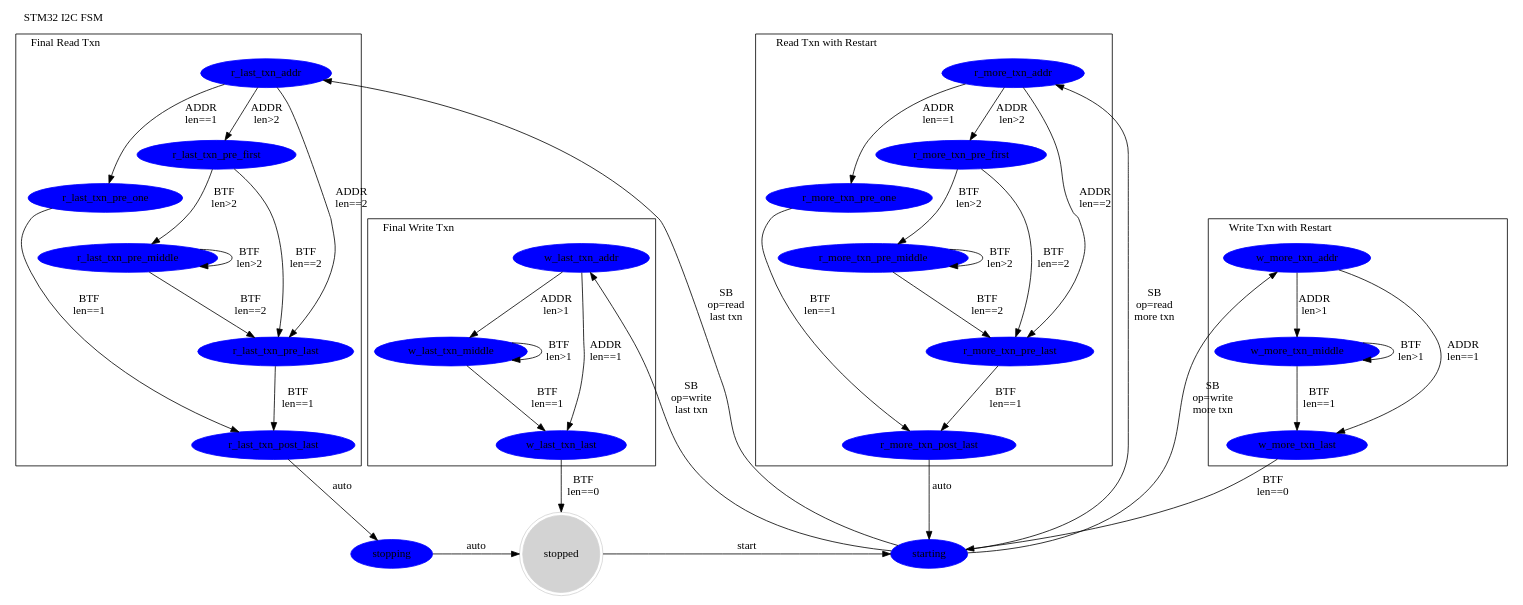
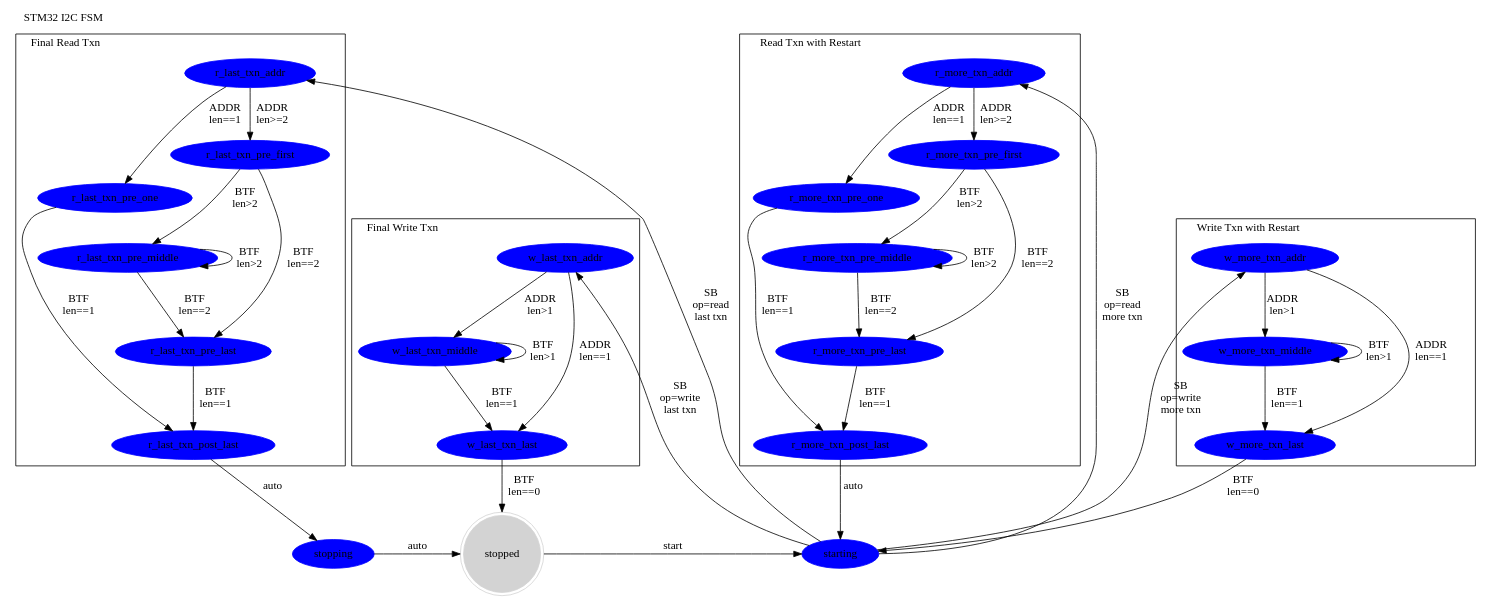
One commit to openpilot/OpenPilot changed the diagram in flight/Doc/Architecture/stm32_i2c_fsm.dot. Above: the diagram before and after it, drawn with Graphviz. The commit also changed 2 other files, not shown here.

```diff
--- a/flight/Doc/Architecture/stm32_i2c_fsm.dot
+++ b/flight/Doc/Architecture/stm32_i2c_fsm.dot
@@ -1,175 +1,172 @@
 // Regenerate using graphviz/dotty with this command
 //   dot -Tjpg ./flight/Doc/Architecture/stm32_i2c_fsm.dot > ./flight/Doc/Architecture/stm32_i2c_fsm.jpg
 
 digraph stm32_i2c_fsm {
   label="STM32 I2C FSM"
   labelloc=t
   labeljust = l
 
   {
     node [ style=filled,color=lightgray ]
 
     stopped [ shape="doublecircle" ]
   }
 
   node [ style=filled,color=blue ]
 
   {
     rank=same
     stopped
     stopping
     starting
   }
 
   // start addr/w[A] data[A] stop
   //     SB       ADDR     BTF
   //      ADDR     DR
   //                STOP
   //
   // start addr/w[A] data[A] data[A] stop
   //     SB       ADDR     BTF     BTF
   //      ADDR     DR       DR
   //                         STOP
   //
   // start addr/w[A] data[A] data[A] data[A] stop
   //     SB       ADDR     BTF     BTF     BTF
   //      ADDR     DR       DR      DR
   //                                 STOP
   //
   subgraph cluster_w_last_txn {
     label="Final Write Txn"
     w_last_txn_addr
     w_last_txn_middle
     w_last_txn_last
   }
 
   // start addr/w[A] data[A] start
   //     SB       ADDR     BTF
   //      ADDR     DR
   //                START
   //
   // start addr/w[A] data[A] data[A] start
   //     SB       ADDR     BTF     BTF
   //      ADDR     DR       DR
   //                         START
   //
   // start addr/w[A] data[A] data[A] data[A] stop
   //     SB       ADDR     BTF     BTF     BTF
   //      ADDR     DR       DR      DR
   //                                 START
   //
   subgraph cluster_w_more_txn {
     label="Write Txn with Restart"
     w_more_txn_addr
     w_more_txn_middle
     w_more_txn_last
   }
 
   // start addr/r[A] [data] N stop
   //     SB       ADDR     RXNE
   //      ADDR     STOP    DR
   //               NAK
   //
   // start addr/r[A] [data] A [data] N stop
   //     SB       ADDR     RXNE     RXNE
   //      ADDR             DR       DR
   //               ACK      NAK
   //                        STOP
   //
   // start addr/r[A] [data] A [data] A [data] N stop
   //     SB       ADDR     RXNE     RXNE     RXNE
   //      ADDR             DR       DR       DR
   //               ACK      ACK      NAK
   //                                 STOP
   //
   subgraph cluster_r_last_txn {
     label="Final Read Txn"
     r_last_txn_addr
     r_last_txn_pre_one
     r_last_txn_pre_first
     r_last_txn_pre_middle
     r_last_txn_pre_last
     r_last_txn_post_last
   }
 
   // start addr/r[A] [data] N start
   //     SB       ADDR     RXNE
   //      ADDR     START   DR
   //               NAK
   //
   // start addr/r[A] [data] A [data] N start
   //     SB       ADDR     RXNE     RXNE
   //      ADDR             DR       DR
   //               ACK      NAK
   //                        START
   //
   // start addr/r[A] [data] A [data] A [data] N start
   //     SB       ADDR     RXNE     RXNE     RXNE
   //      ADDR             DR       DR       DR
   //               ACK      ACK      NAK
   //                                 START
   subgraph cluster_r_more_txn {
     label="Read Txn with Restart"
     r_more_txn_addr
     r_more_txn_pre_one
     r_more_txn_pre_first
     r_more_txn_pre_middle
     r_more_txn_pre_last
     r_more_txn_post_last
   }
 
   stopping -> stopped [ label="auto" ]
   stopped -> starting [ label="start" ]
 
   starting -> w_last_txn_addr [ label="SB\nop=write\nlast txn" ]
   starting -> w_more_txn_addr [ label="SB\nop=write\nmore txn" ]
 
   starting -> r_last_txn_addr [ label="SB\nop=read\nlast txn" ]
   starting -> r_more_txn_addr [ label="SB\nop=read\nmore txn" ]
 
   w_last_txn_addr -> w_last_txn_last [ label="ADDR\nlen==1" ]
   w_more_txn_addr -> w_more_txn_last [ label="ADDR\nlen==1" ]
 
   w_last_txn_addr -> w_last_txn_middle [ label="ADDR\nlen>1" ]
   w_more_txn_addr -> w_more_txn_middle [ label="ADDR\nlen>1" ]
 
   w_last_txn_middle -> w_last_txn_middle [ label="BTF\nlen>1" ]
   w_more_txn_middle -> w_more_txn_middle [ label="BTF\nlen>1" ]
 
   w_last_txn_middle -> w_last_txn_last [ label="BTF\nlen==1" ]
   w_more_txn_middle -> w_more_txn_last [ label="BTF\nlen==1" ]
 
   w_last_txn_last -> stopped [ label="BTF\nlen==0" ]
   w_more_txn_last -> starting [ label="BTF\nlen==0" ]
 
 
   r_last_txn_addr -> r_last_txn_pre_one [ label="ADDR\nlen==1" ]
   r_more_txn_addr -> r_more_txn_pre_one [ label="ADDR\nlen==1" ]
 
-  r_last_txn_addr -> r_last_txn_pre_last [ label="ADDR\nlen==2" ]
-  r_more_txn_addr -> r_more_txn_pre_last [ label="ADDR\nlen==2" ]
-
-  r_last_txn_addr -> r_last_txn_pre_first [ label="ADDR\nlen>2" ]
-  r_more_txn_addr -> r_more_txn_pre_first [ label="ADDR\nlen>2" ]
+  r_last_txn_addr -> r_last_txn_pre_first [ label="ADDR\nlen>=2" ]
+  r_more_txn_addr -> r_more_txn_pre_first [ label="ADDR\nlen>=2" ]
 
   r_last_txn_pre_one -> r_last_txn_post_last [ label="BTF\nlen==1" ]
   r_more_txn_pre_one -> r_more_txn_post_last [ label="BTF\nlen==1" ]
 
   r_last_txn_pre_first -> r_last_txn_pre_last [ label="BTF\nlen==2" ]
   r_more_txn_pre_first -> r_more_txn_pre_last [ label="BTF\nlen==2" ]
 
   r_last_txn_pre_first -> r_last_txn_pre_middle [ label="BTF\nlen>2" ]
   r_more_txn_pre_first -> r_more_txn_pre_middle [ label="BTF\nlen>2" ]
 
   r_last_txn_pre_middle -> r_last_txn_pre_middle [ label="BTF\nlen>2" ]
   r_more_txn_pre_middle -> r_more_txn_pre_middle [ label="BTF\nlen>2" ]
 
   r_last_txn_pre_middle -> r_last_txn_pre_last [ label="BTF\nlen==2" ]
   r_more_txn_pre_middle -> r_more_txn_pre_last [ label="BTF\nlen==2" ]
 
   r_last_txn_pre_last -> r_last_txn_post_last [ label="BTF\nlen==1" ]
   r_more_txn_pre_last -> r_more_txn_post_last [ label="BTF\nlen==1" ]
 
   r_last_txn_post_last -> stopping [ label="auto" ]
   r_more_txn_post_last -> starting [ label="auto" ]
 }
```
